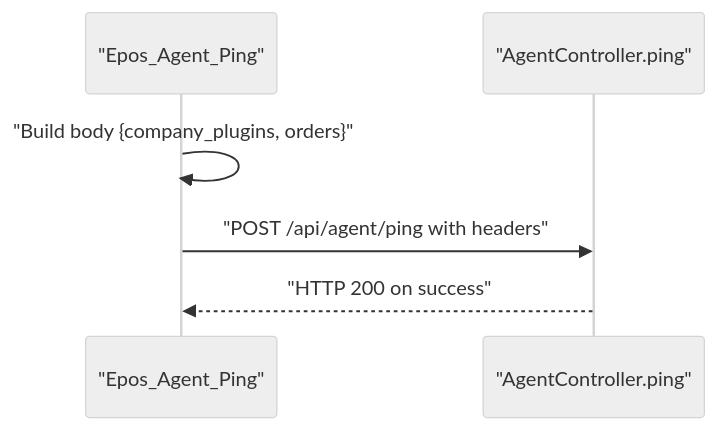
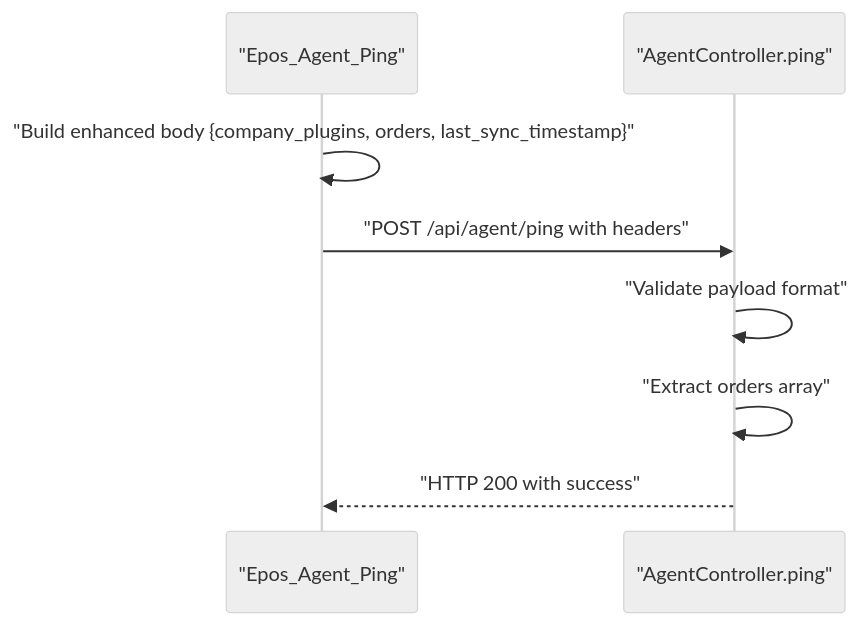
The fourth of 5 diagrams in .qoder/repowiki/en/content/WordPress Agent Integration/Order Synchronization.md (FCS-WP/website_portal), drawn with Mermaid (neutral theme) before and after one commit. The commit also changed other lines of this file and 30 other files, not shown here.

````diff
--- a/.qoder/repowiki/en/content/WordPress Agent Integration/Order Synchronization.md
+++ b/.qoder/repowiki/en/content/WordPress Agent Integration/Order Synchronization.md
@@ -164,8 +259,10 @@
 ```mermaid
 sequenceDiagram
 participant Agent as "Epos_Agent_Ping"
 participant Portal as "AgentController.ping"
-Agent->>Agent : "Build body {company_plugins, orders}"
+Agent->>Agent : "Build enhanced body {company_plugins, orders, last_sync_timestamp}"
 Agent->>Portal : "POST /api/agent/ping with headers"
-Portal-->>Agent : "HTTP 200 on success"
+Portal->>Portal : "Validate payload format"
+Portal->>Portal : "Extract orders array"
+Portal-->>Agent : "HTTP 200 with success"
 ```
````
